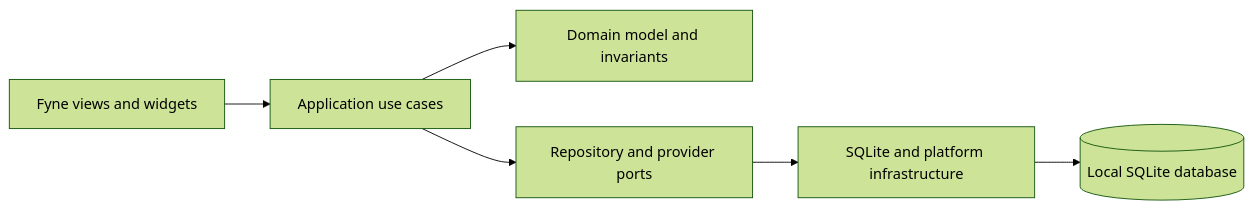
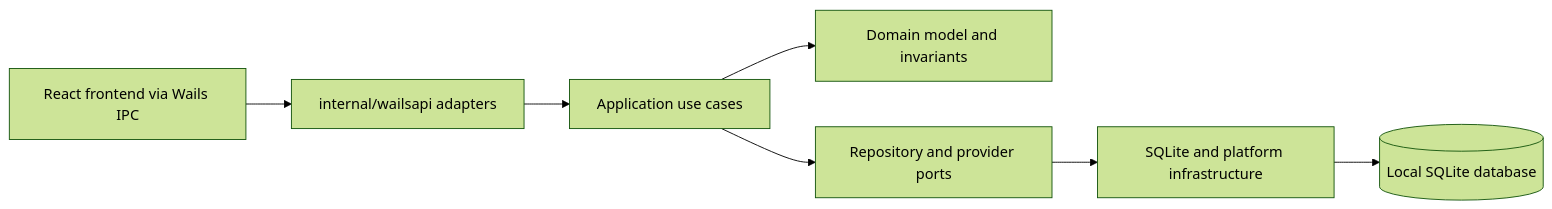
Before and after one commit to MnemosyneLab/NestworthGo: the first of 2 diagrams in docs/architecture/system-overview.md, drawn with Mermaid (forest theme). The commit also changed other lines of this file and 376 other files, not shown here.

````diff
--- a/docs/architecture/system-overview.md
+++ b/docs/architecture/system-overview.md
@@ -22,8 +22,9 @@
 ```mermaid
 flowchart LR
-    UI["Fyne views and widgets"] --> App["Application use cases"]
+    UI["React frontend via Wails IPC"] --> API["internal/wailsapi adapters"]
+    API --> App["Application use cases"]
     App --> Domain["Domain model and invariants"]
     App --> Ports["Repository and provider ports"]
     Ports --> Infra["SQLite and platform infrastructure"]
     Infra --> DB[("Local SQLite database")]
 ```
````
